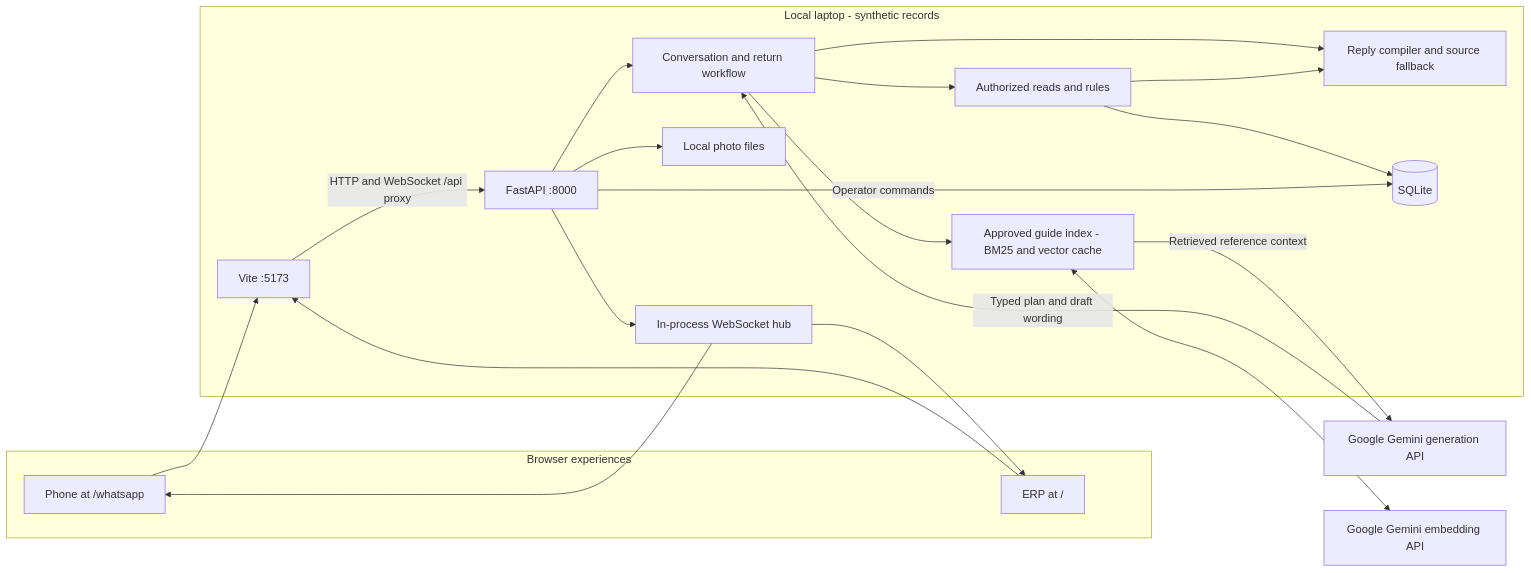
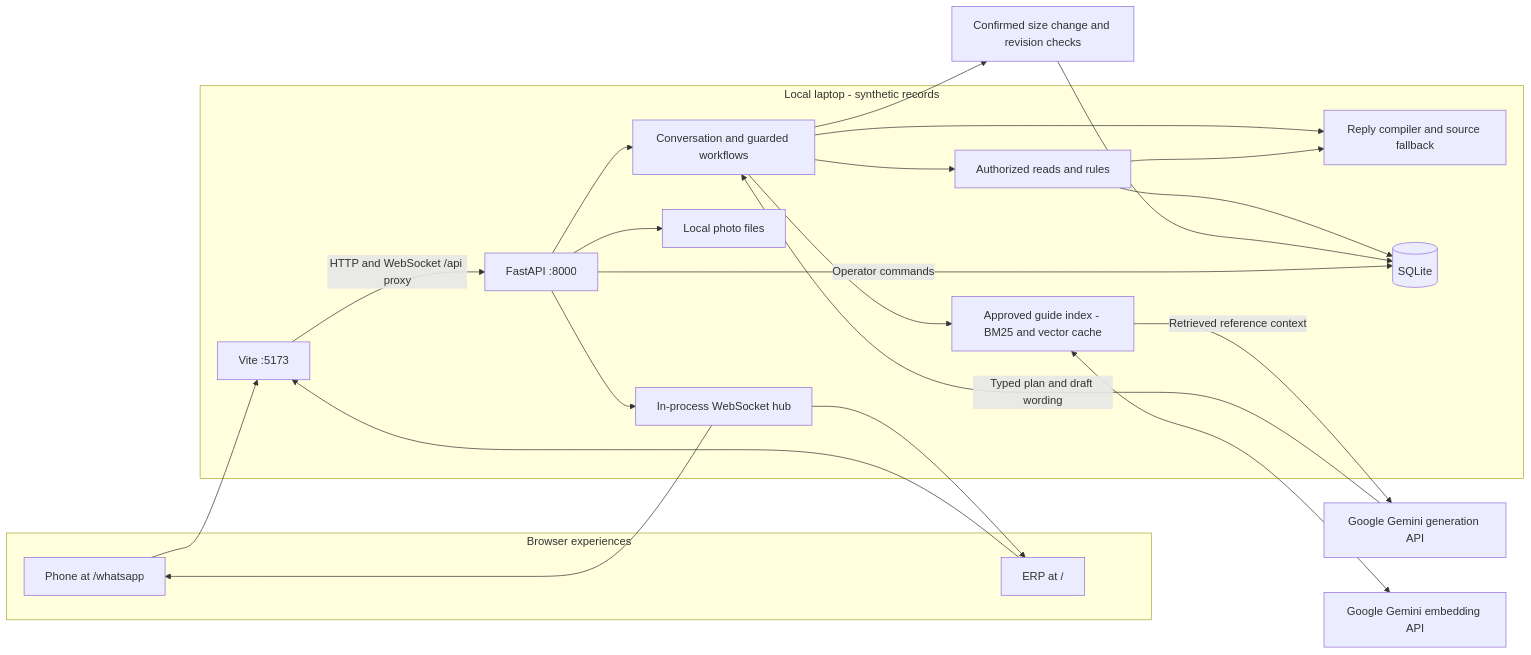
Before and after one commit to presish1/aim-retail-support: the first of 3 diagrams in docs/03-architecture.md, drawn with Mermaid. The commit also changed other lines of this file and 40 other files, not shown here.

Commit message:
Add confirmed chat size changes and live delivery estimates

````diff
--- a/docs/03-architecture.md
+++ b/docs/03-architecture.md
@@ -11,36 +11,38 @@
 ```mermaid
 flowchart LR
     subgraph Browser[Browser experiences]
         PHONE[Phone at /whatsapp]
         ERP[ERP at /]
     end
     subgraph Local[Local laptop - synthetic records]
         V[Vite :5173]
         API[FastAPI :8000]
-        WF[Conversation and return workflow]
+        WF[Conversation and guarded workflows]
         KB[Approved guide index - BM25 and vector cache]
         COMP[Reply compiler and source fallback]
         READ[Authorized reads and rules]
         DB[(SQLite)]
         FILES[Local photo files]
         HUB[In-process WebSocket hub]
     end
     O[Google Gemini generation API]
     E[Google Gemini embedding API]
     PHONE --> V
     ERP --> V
     V -->|HTTP and WebSocket /api proxy| API
     API --> WF
     WF --> KB
     KB <--> E
     KB -->|Retrieved reference context| O
     O -->|Typed plan and draft wording| WF
     WF --> READ --> DB
+    WF --> AMEND[Confirmed size change and revision checks]
+    AMEND --> DB
     WF --> COMP
     READ --> COMP
     API -->|Operator commands| DB
     API --> FILES
     API --> HUB
     HUB --> PHONE
     HUB --> ERP
 ```
````
